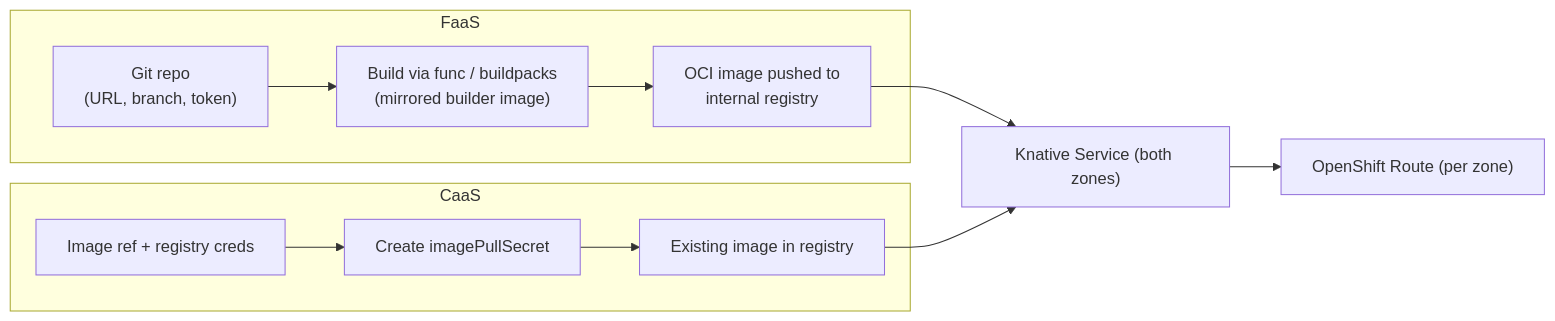
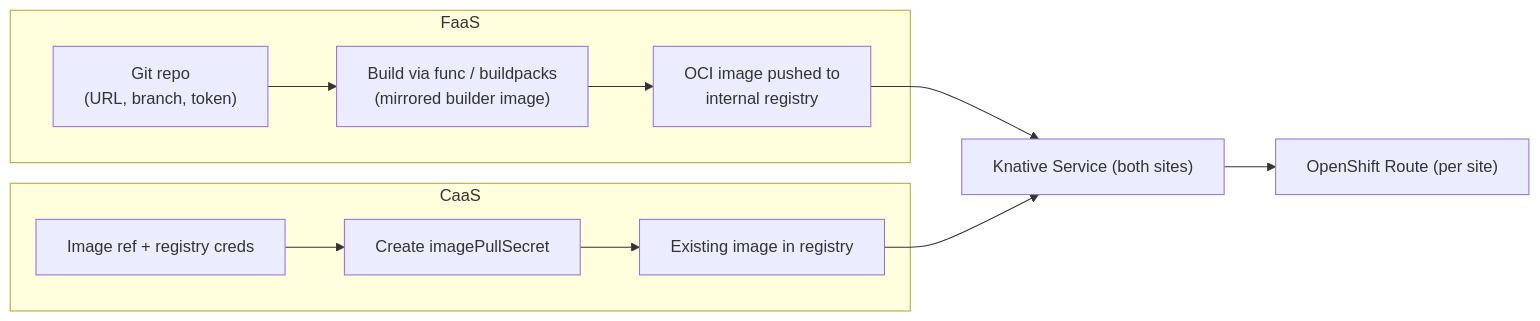
Before and after one commit to black-cloudlet/serverless: the second of 7 diagrams in docs/ARCHITECTURE.md, drawn with Mermaid. The commit also changed other lines of this file and 70 other files, not shown here.

First line of the commit message:
Serverless API: FaaS + CaaS over Knative on OpenShift (#2)

````diff
--- a/docs/ARCHITECTURE.md
+++ b/docs/ARCHITECTURE.md
@@ -184,14 +185,14 @@
 ```mermaid
 flowchart LR
     subgraph FaaS
         G["Git repo<br/>(URL, branch, token)"] --> B["Build via func / buildpacks<br/>(mirrored builder image)"]
         B --> I1["OCI image pushed to<br/>internal registry"]
     end
     subgraph CaaS
         IMG["Image ref + registry creds"] --> PS["Create imagePullSecret"]
         PS --> I2["Existing image in registry"]
     end
-    I1 --> KSVC["Knative Service (both zones)"]
+    I1 --> KSVC["Knative Service (both sites)"]
     I2 --> KSVC
-    KSVC --> RT["OpenShift Route (per zone)"]
+    KSVC --> RT["OpenShift Route (per site)"]
 ```
````
